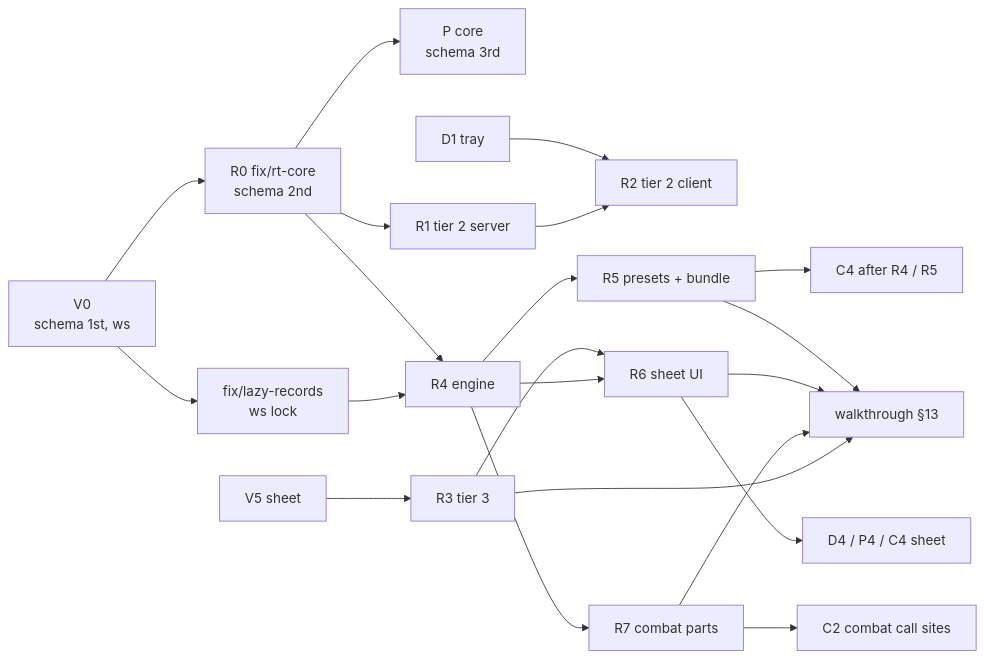
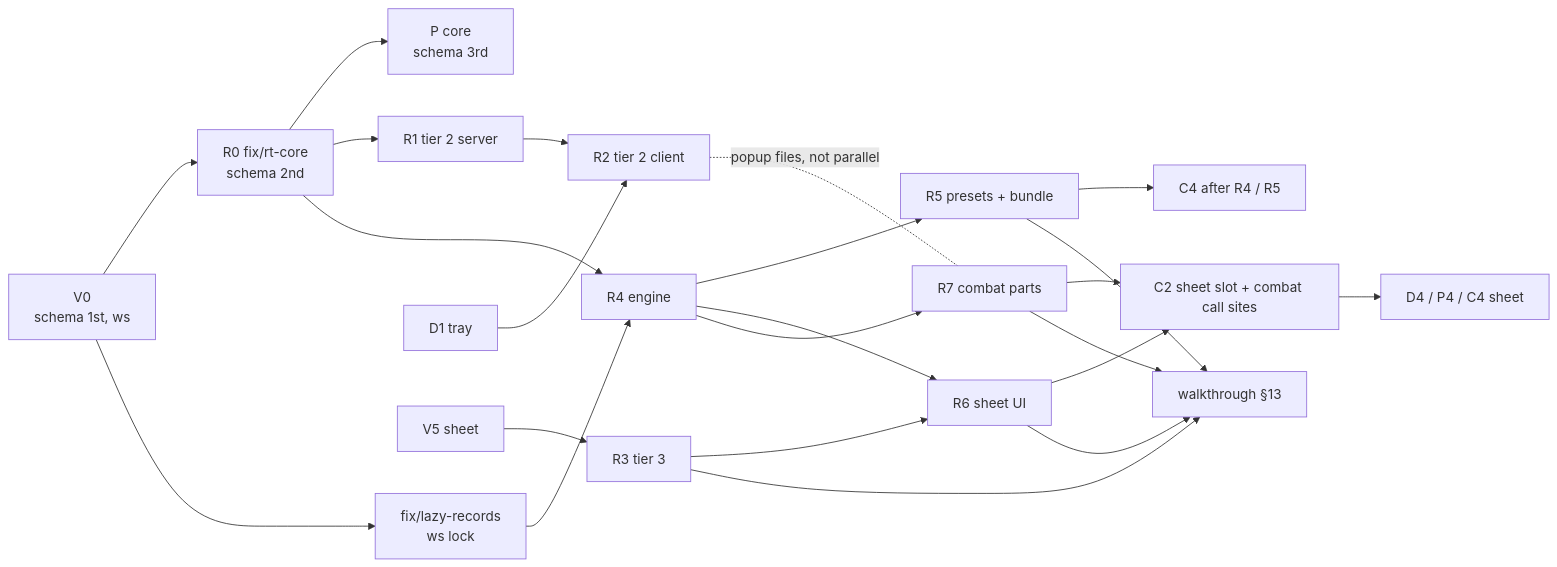
Before and after one commit to szymonbalasz/pocket-plane: the third of 3 diagrams in docs/specs/effect-modifiers.md, drawn with Mermaid. The commit also changed other lines of this file and 1 other file, not shown here.

````diff
--- a/docs/specs/effect-modifiers.md
+++ b/docs/specs/effect-modifiers.md
@@ -543,23 +540,25 @@
 ```mermaid
 flowchart LR
   VC[V0<br/>schema 1st, ws] --> R0[R0 fix/rt-core<br/>schema 2nd]
   VC --> LR[fix/lazy-records<br/>ws lock]
   R0 --> PC[P core<br/>schema 3rd]
   R0 --> R1[R1 tier 2 server]
   R0 --> R4[R4 engine]
   LR --> R4
   DT[D1 tray] --> R2[R2 tier 2 client]
   R1 --> R2
   VS[V5 sheet] --> R3[R3 tier 3]
   R3 --> R6
   R4 --> R5[R5 presets + bundle]
   R4 --> R6[R6 sheet UI]
   R4 --> R7[R7 combat parts]
-  R6 --> D4[D4 / P4 / C4 sheet]
+  R2 -. popup files, not parallel .- R7
+  R6 --> C2[C2 sheet slot + combat call sites]
+  R7 --> C2
+  C2 --> D4[D4 / P4 / C4 sheet]
   R5 --> C4[C4 after R4 / R5]
-  R7 --> C2[C2 combat call sites]
   R5 --> W[walkthrough §13]
   R6 --> W
   R7 --> W
   R3 --> W
 ```
````
